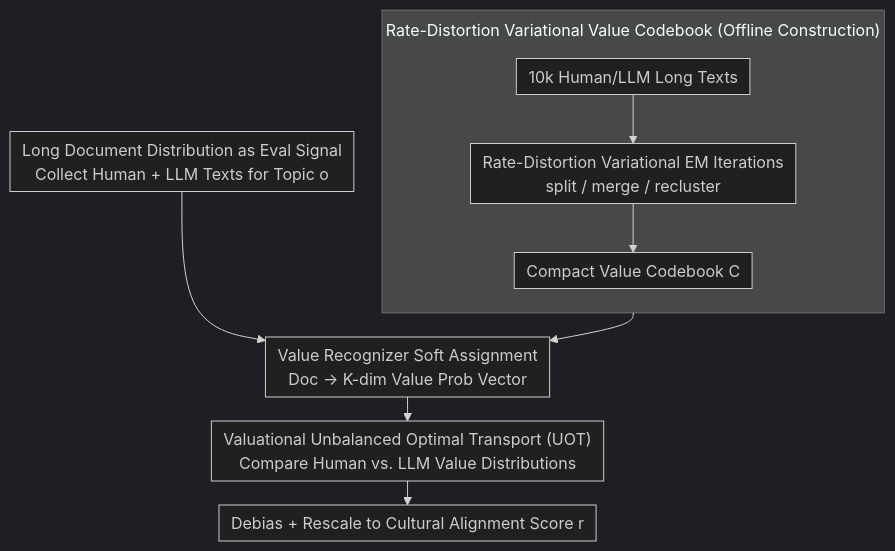
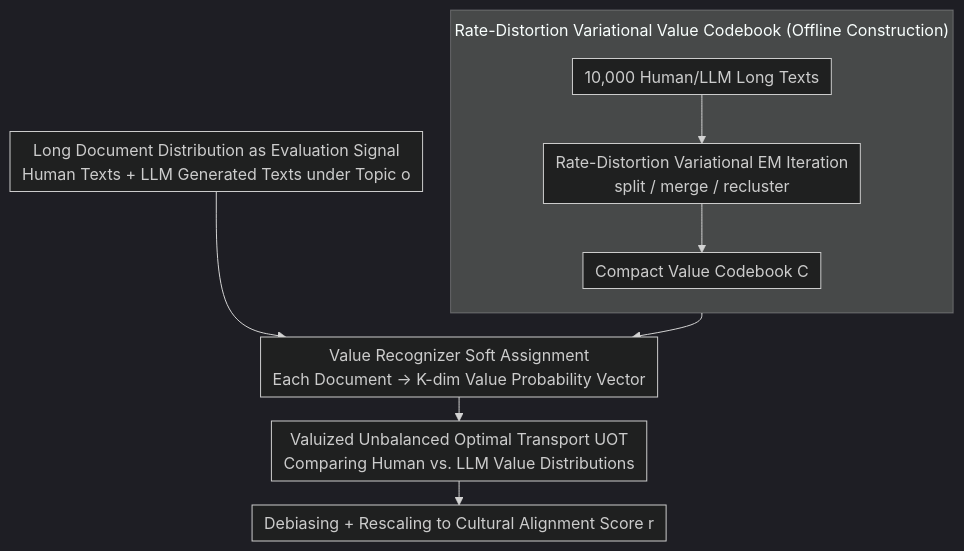
One commit to zhaoyang97/Paper-Notes-en changed the diagram in docs/ICML2026/aigc_detection/distributional_open-ended_evaluation_of_llm_cultural_value_alignment_based_on_va.md. Above: the diagram before and after it, drawn with Mermaid (dark theme). The commit also changed other lines of this file and 5084 other files, not shown here.

````diff
--- a/docs/ICML2026/aigc_detection/distributional_open-ended_evaluation_of_llm_cultural_value_alignment_based_on_va.md
+++ b/docs/ICML2026/aigc_detection/distributional_open-ended_evaluation_of_llm_cultural_value_alignment_based_on_va.md
@@ -42,14 +42,14 @@
 ```mermaid
 %%{init: {'flowchart': {'rankSpacing': 24, 'nodeSpacing': 28, 'padding': 6, 'wrappingWidth': 400, 'subGraphTitleMargin': {'top': 8, 'bottom': 16}}}}%%
 flowchart TD
     subgraph CB["Rate-Distortion Variational Value Codebook (Offline Construction)"]
         direction TB
-        H0["10k Human/LLM Long Texts"] --> H1["Rate-Distortion Variational EM Iterations<br/>split / merge / recluster"]
+        H0["10,000 Human/LLM Long Texts"] --> H1["Rate-Distortion Variational EM Iteration<br/>split / merge / recluster"]
         H1 --> H2["Compact Value Codebook C"]
     end
-    G["Long Document Distribution as Eval Signal<br/>Collect Human + LLM Texts for Topic o"]
-    CB --> P["Value Recognizer Soft Assignment<br/>Doc → K-dim Value Prob Vector"]
+    G["Long Document Distribution as Evaluation Signal<br/>Human Texts + LLM Generated Texts under Topic o"]
+    CB --> P["Value Recognizer Soft Assignment<br/>Each Document → K-dim Value Probability Vector"]
     G --> P
-    P --> U["Valuational Unbalanced Optimal Transport (UOT)<br/>Compare Human vs. LLM Value Distributions"]
-    U --> R["Debias + Rescale to Cultural Alignment Score r"]
+    P --> U["Valuized Unbalanced Optimal Transport UOT<br/>Comparing Human vs. LLM Value Distributions"]
+    U --> R["Debiasing + Rescaling to Cultural Alignment Score r"]
 ```
````
